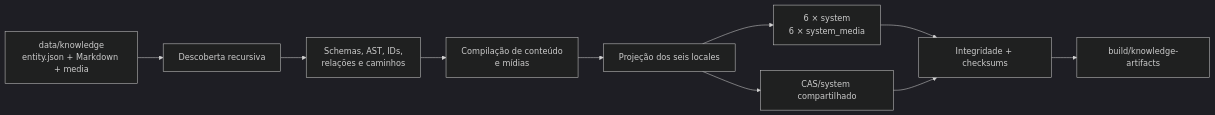
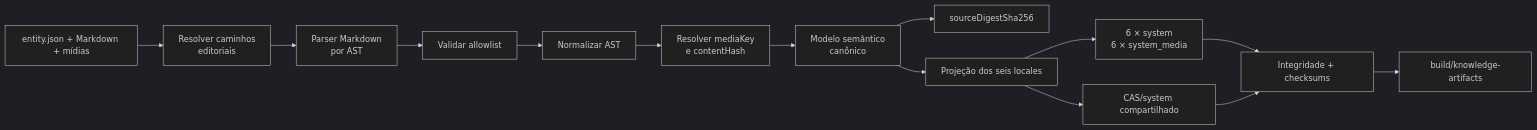
Before and after one commit to migmoroni/veterinary-clinic: the diagram in docs/plans/hub-server/01b-knowledge-builder.md, drawn with Mermaid (dark theme). The commit also changed other lines of this file and 4 other files, not shown here.

````diff
--- a/docs/plans/hub-server/01b-knowledge-builder.md
+++ b/docs/plans/hub-server/01b-knowledge-builder.md
@@ -94,12 +94,16 @@
 ```mermaid
 flowchart LR
-    DATA["data/knowledge<br/>entity.json + Markdown + media"] --> LOAD["Descoberta recursiva"]
-    LOAD --> VALIDATE["Schemas, AST, IDs,<br/>relações e caminhos"]
-    VALIDATE --> COMPILE["Compilação de conteúdo<br/>e mídias"]
-    COMPILE --> PROJECT["Projeção dos seis locales"]
+    DATA["entity.json + Markdown + mídias"] --> PATHS["Resolver caminhos<br/>editoriais"]
+    PATHS --> PARSE["Parser Markdown<br/>por AST"]
+    PARSE --> ALLOWLIST["Validar allowlist"]
+    ALLOWLIST --> NORMALIZE["Normalizar AST"]
+    NORMALIZE --> MEDIA["Resolver mediaKey<br/>e contentHash"]
+    MEDIA --> MODEL["Modelo semântico<br/>canônico"]
+    MODEL --> DIGEST["sourceDigestSha256"]
+    MODEL --> PROJECT["Projeção dos seis locales"]
     PROJECT --> DATABASES["6 × system<br/>6 × system_media"]
     PROJECT --> CAS["CAS/system compartilhado"]
     DATABASES --> VERIFY["Integridade + checksums"]
     CAS --> VERIFY
     VERIFY --> OUTPUT["build/knowledge-artifacts"]
 ```
````
